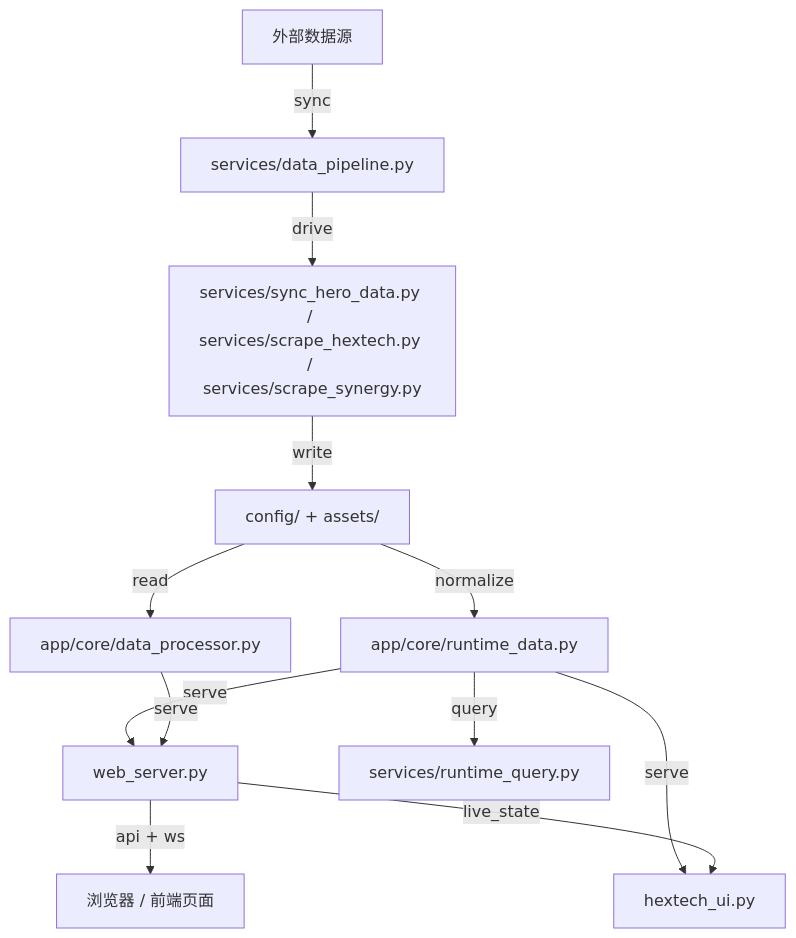
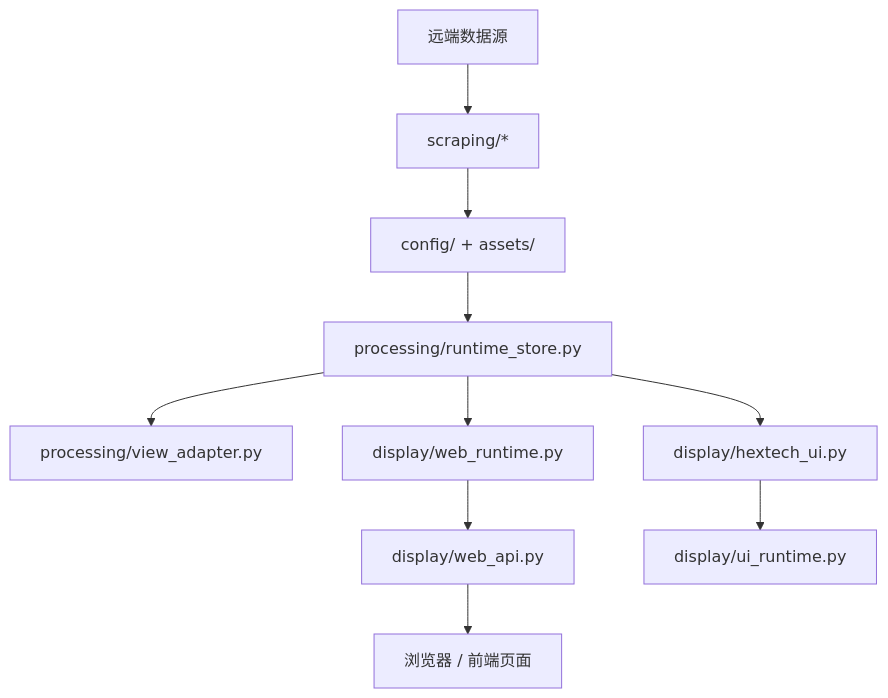
The diagram in run/PROJECT.md (fadfasfa/claude-code-test), drawn with Mermaid before and after one commit. The commit also changed other lines of this file and 70 other files, not shown here.

````diff
--- a/run/PROJECT.md
+++ b/run/PROJECT.md
@@ -90,14 +93,12 @@
 ```mermaid
 flowchart TD
-    A["外部数据源"] -->|"sync"| B["services/data_pipeline.py"]
-    B -->|"drive"| C["services/sync_hero_data.py / services/scrape_hextech.py / services/scrape_synergy.py"]
-    C -->|"write"| D["config/ + assets/"]
-    D -->|"normalize"| E["app/core/runtime_data.py"]
-    D -->|"read"| F["app/core/data_processor.py"]
-    E -->|"serve"| G["web_server.py"]
-    E -->|"serve"| H["hextech_ui.py"]
-    E -->|"query"| I["services/runtime_query.py"]
-    F -->|"serve"| G
-    G -->|"api + ws"| J["浏览器 / 前端页面"]
-    G -->|"live_state"| H
+    A["远端数据源"] --> B["scraping/*"]
+    B --> C["config/ + assets/"]
+    C --> D["processing/runtime_store.py"]
+    D --> E["processing/view_adapter.py"]
+    D --> F["display/web_runtime.py"]
+    F --> G["display/web_api.py"]
+    G --> H["浏览器 / 前端页面"]
+    D --> I["display/hextech_ui.py"]
+    I --> J["display/ui_runtime.py"]
 ```
````
